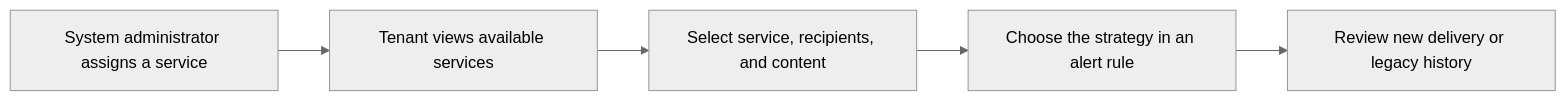
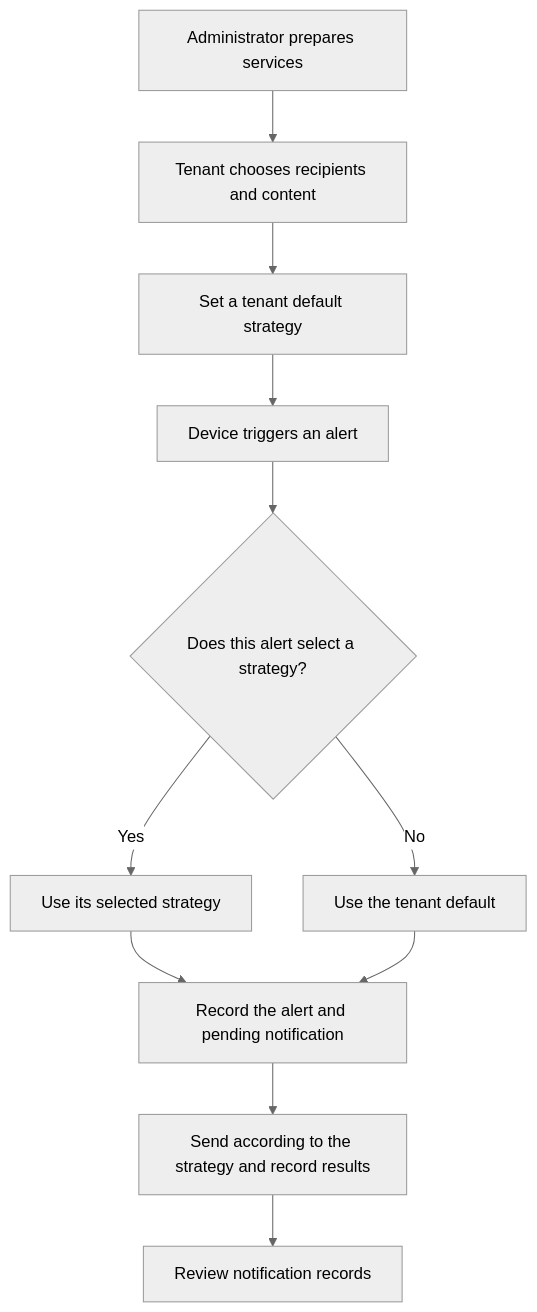
One commit to ThingsPanel/thingspanel.github.io changed the diagram in docs/user-guide/tenant-operation-manual/warning/Notification_group.md. Above: the diagram before and after it, drawn with Mermaid (neutral theme). The commit also changed other lines of this file and 10 other files, not shown here.

Commit message:
docs: explain tenant default policy with product workflow and real screenshots

````diff
--- a/docs/user-guide/tenant-operation-manual/warning/Notification_group.md
+++ b/docs/user-guide/tenant-operation-manual/warning/Notification_group.md
@@ -9,7 +9,13 @@
 ```mermaid
-flowchart LR
-  Admin[System administrator assigns a service] --> Tenant[Tenant views available services]
-  Tenant --> Strategy[Select service, recipients, and content]
-  Strategy --> Alarm[Choose the strategy in an alert rule]
-  Alarm --> Record[Review new delivery or legacy history]
+flowchart TD
+  Service[Administrator prepares services] --> Policy[Tenant chooses recipients and content]
+  Policy --> Default[Set a tenant default strategy]
+  Default --> Alarm[Device triggers an alert]
+  Alarm --> Choice{Does this alert select a strategy?}
+  Choice -->|Yes| Explicit[Use its selected strategy]
+  Choice -->|No| Inherit[Use the tenant default]
+  Explicit --> Save[Record the alert and pending notification]
+  Inherit --> Save
+  Save --> Send[Send according to the strategy and record results]
+  Send --> Result[Review notification records]
 ```
````
